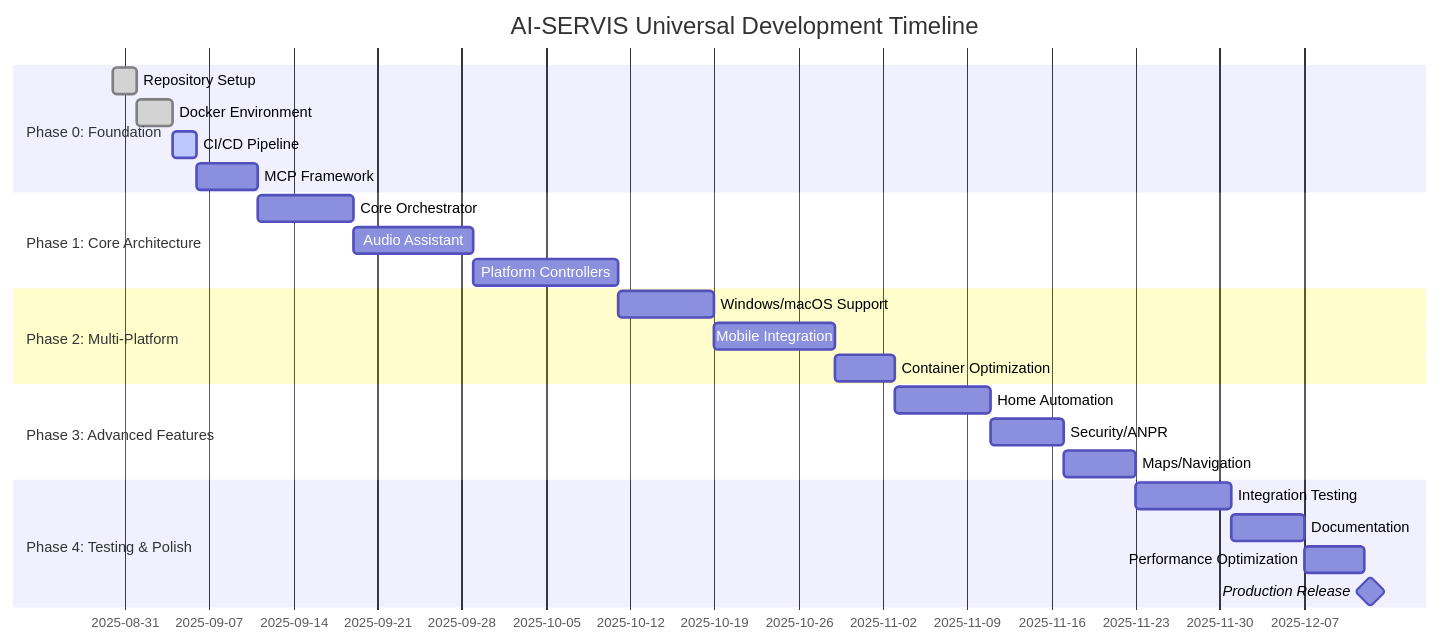
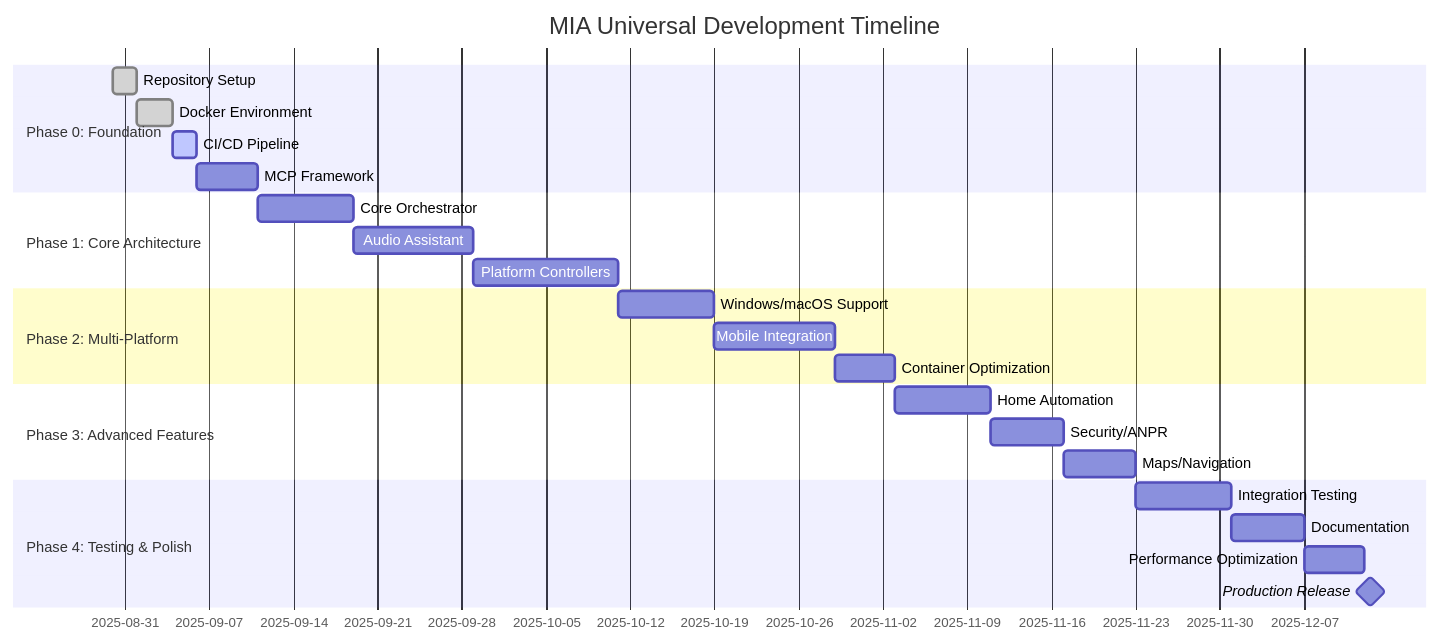
The third of 3 diagrams in README.md (sparesparrow/mia), drawn with Mermaid before and after one commit. The commit also changed other lines of this file and 284 other files, not shown here.

First line of the commit message:
Rename repository and product from ai-servis to mia

````diff
--- a/README.md
+++ b/README.md
@@ -475,31 +475,31 @@
 ```mermaid
 gantt
-    title AI-SERVIS Universal Development Timeline
+    title MIA Universal Development Timeline
     dateFormat  YYYY-MM-DD
     section Phase 0: Foundation
     Repository Setup           :done, repo, 2025-08-30, 2d
     Docker Environment        :done, docker, after repo, 3d
     CI/CD Pipeline           :active, cicd, after docker, 2d
     MCP Framework            :mcp, after cicd, 5d
     
     section Phase 1: Core Architecture  
     Core Orchestrator        :core, after mcp, 8d
     Audio Assistant          :audio, after core, 10d
     Platform Controllers     :platform, after audio, 12d
     
     section Phase 2: Multi-Platform
     Windows/macOS Support    :windows, after platform, 8d
     Mobile Integration       :mobile, after windows, 10d
     Container Optimization   :containers, after mobile, 5d
     
     section Phase 3: Advanced Features
     Home Automation          :home, after containers, 8d
     Security/ANPR           :security, after home, 6d
     Maps/Navigation         :maps, after security, 6d
     
     section Phase 4: Testing & Polish
     Integration Testing      :testing, after maps, 8d
     Documentation           :docs, after testing, 6d
     Performance Optimization :perf, after docs, 5d
     Production Release      :milestone, release, after perf, 1d
 ```
````
